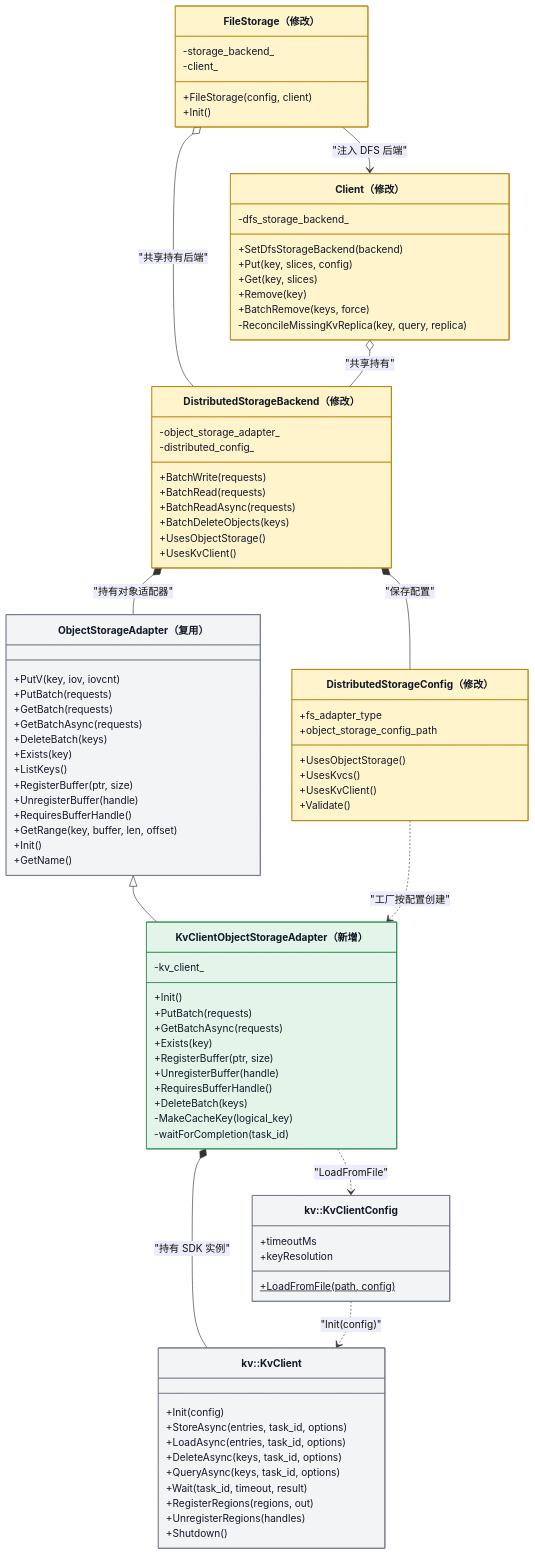
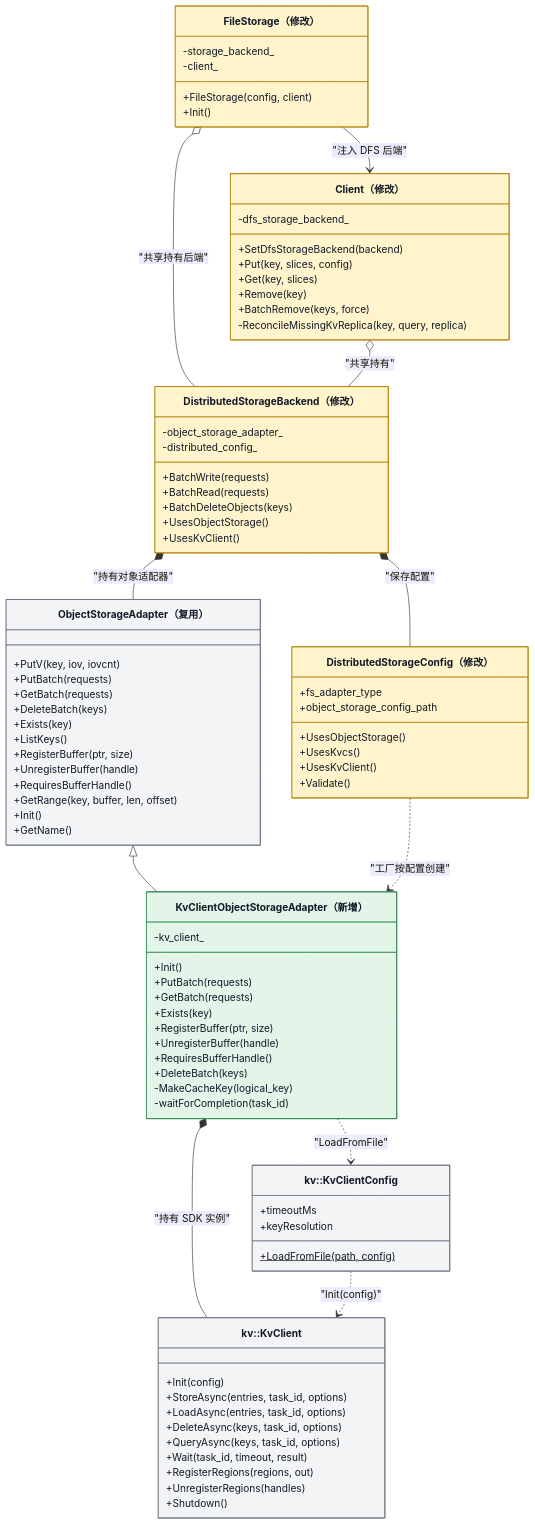
The second of 13 diagrams in Mooncake + KVClient L3 接入（Kvcs）- v3.md (zwj20000328-dotcom/Mooncake-documents), drawn with Mermaid before and after one commit. The commit also changed other lines of this file and 2 other files, not shown here.

First line of the commit message:
docs: drop the kvclient read completion class

```diff
--- a/Mooncake + KVClient L3 接入（Kvcs）- v3.md
+++ b/Mooncake + KVClient L3 接入（Kvcs）- v3.md
@@ -159,7 +159,6 @@
         -distributed_config_
         +BatchWrite(requests)
         +BatchRead(requests)
-        +BatchReadAsync(requests)
         +BatchDeleteObjects(keys)
         +UsesObjectStorage()
         +UsesKvClient()
@@ -168,7 +167,6 @@
         +PutV(key, iov, iovcnt)
         +PutBatch(requests)
         +GetBatch(requests)
-        +GetBatchAsync(requests)
         +DeleteBatch(keys)
         +Exists(key)
         +ListKeys()
@@ -184,7 +182,7 @@
         -kv_client_
         +Init()
         +PutBatch(requests)
-        +GetBatchAsync(requests)
+        +GetBatch(requests)
         +Exists(key)
         +RegisterBuffer(ptr, size)
         +UnregisterBuffer(handle)
```
